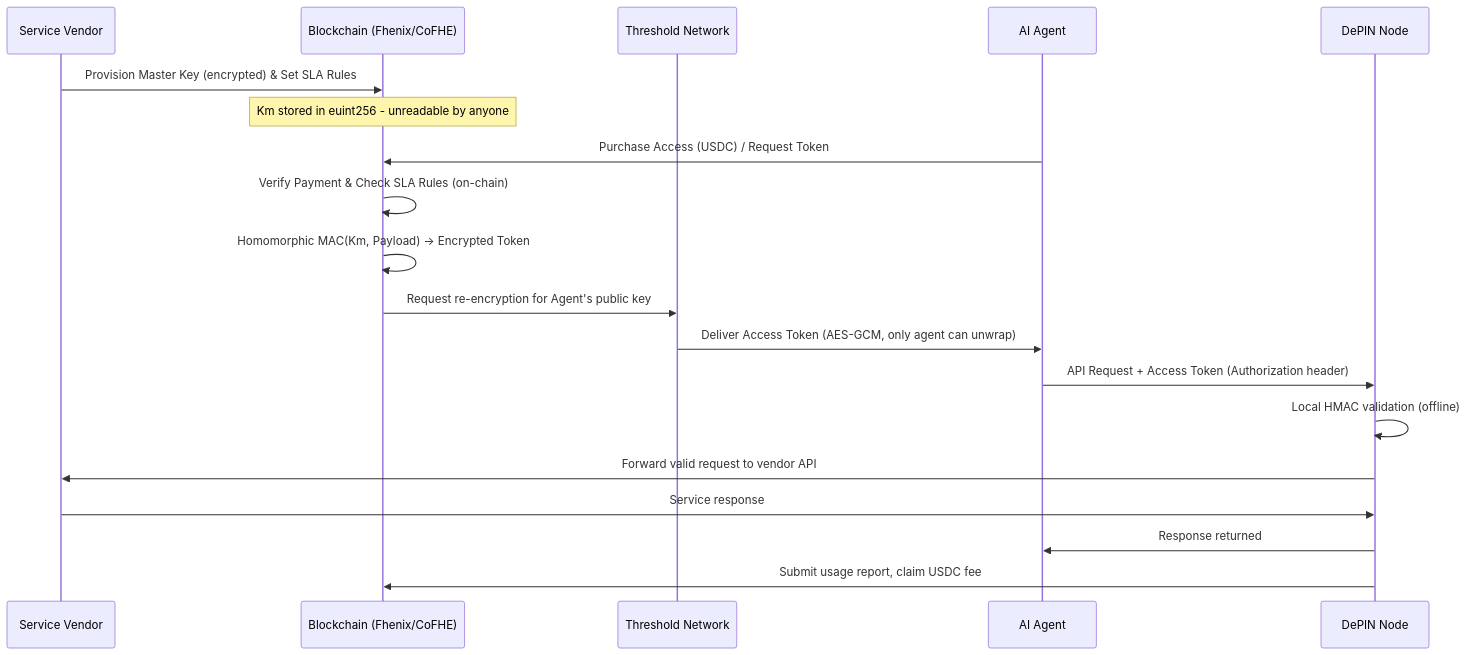
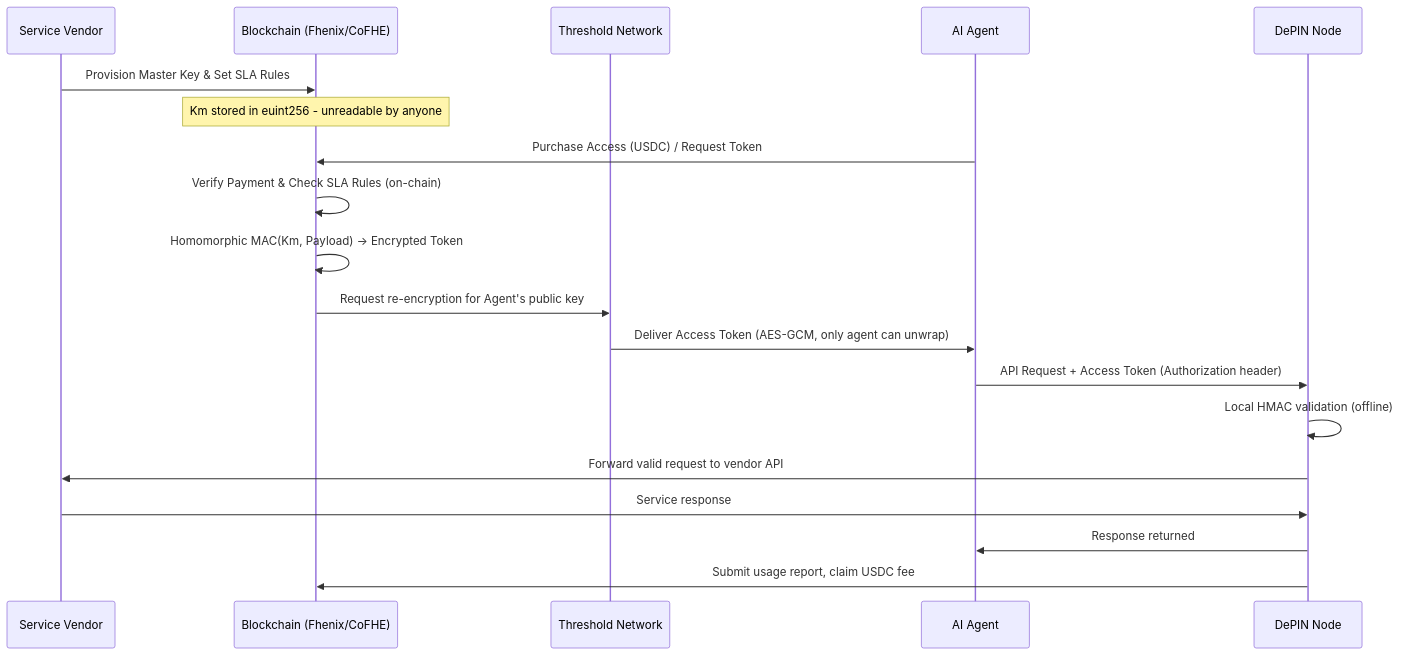
The diagram in docs/Requirements.md (imajus/fhe402), drawn with Mermaid before and after one commit.

````diff
--- a/docs/Requirements.md
+++ b/docs/Requirements.md
@@ -104,24 +104,24 @@
 ```mermaid
 sequenceDiagram
     participant V as Service Vendor
     participant BC as Blockchain (Fhenix/CoFHE)
     participant TSN as Threshold Network
     participant A as AI Agent
     participant D as DePIN Node
     
-    V->>BC: Provision Master Key (encrypted) & Set SLA Rules
+    V->>BC: Provision Master Key & Set SLA Rules
     Note over BC: Km stored in euint256 - unreadable by anyone
     
     A->>BC: Purchase Access (USDC) / Request Token
     BC->>BC: Verify Payment & Check SLA Rules (on-chain)
     BC->>BC: Homomorphic MAC(Km, Payload) → Encrypted Token
     BC->>TSN: Request re-encryption for Agent's public key
     TSN->>A: Deliver Access Token (AES-GCM, only agent can unwrap)
     
     A->>D: API Request + Access Token (Authorization header)
     D->>D: Local HMAC validation (offline)
     D->>V: Forward valid request to vendor API
     V->>D: Service response
     D->>A: Response returned
     D->>BC: Submit usage report, claim USDC fee
 ```
````
